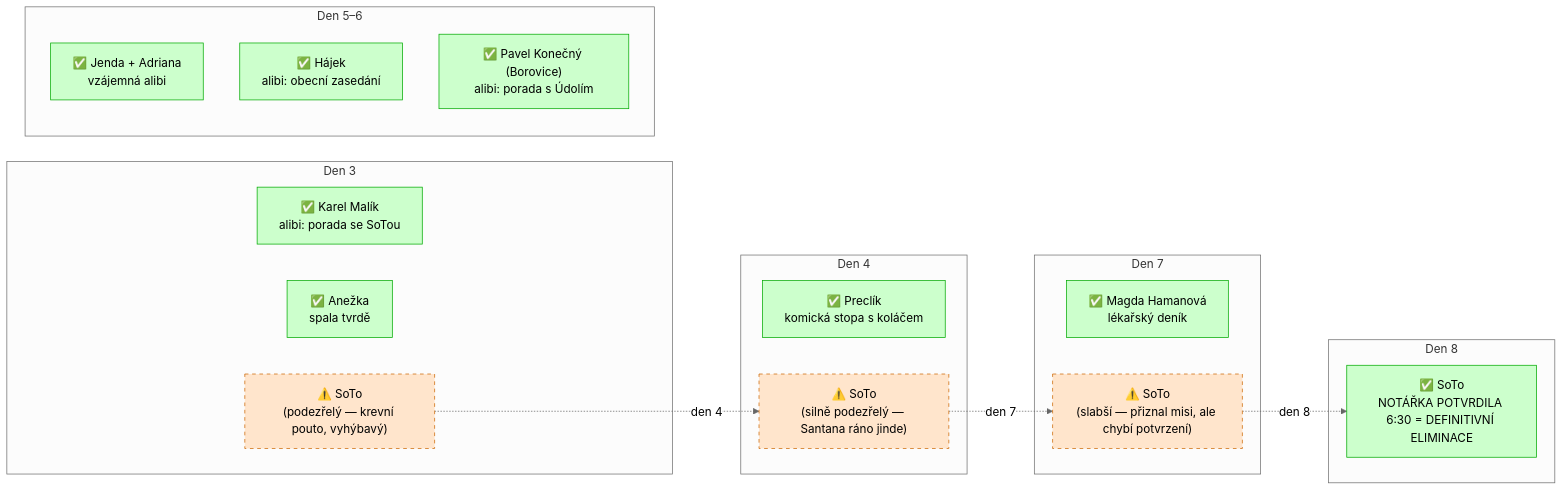
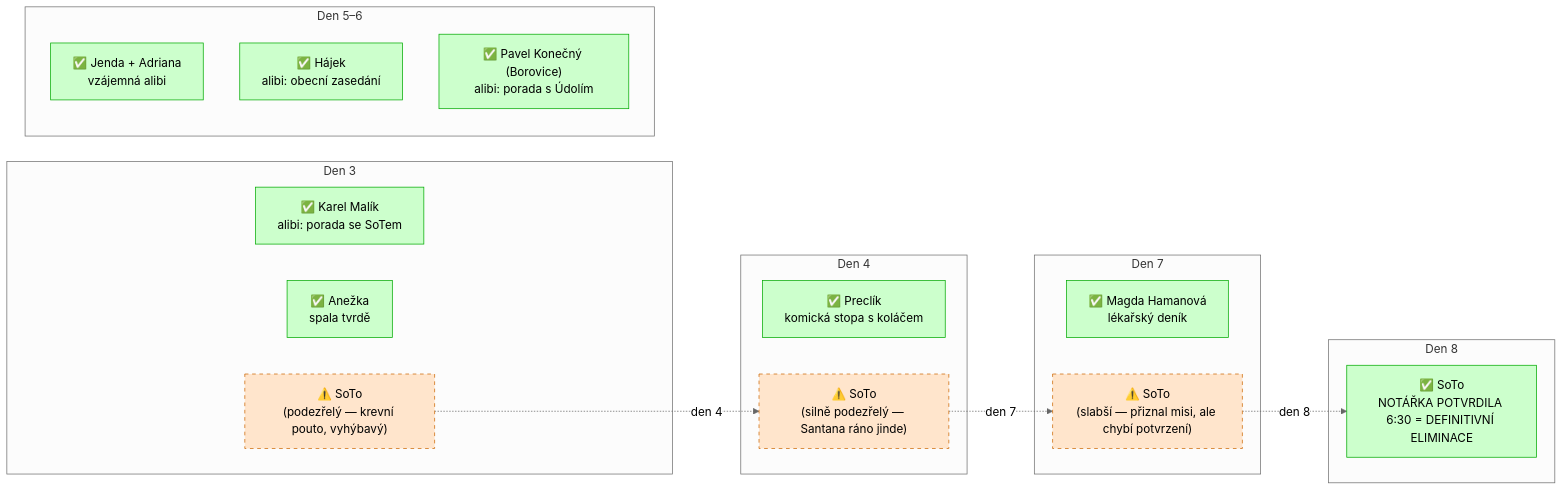
Before and after one commit to sotoniak/tabor_2026: the third of 4 diagrams in 16_STOPY_VIZUAL.md, drawn with Mermaid (neutral theme). The commit also changed other lines of this file and 13 other files, not shown here.

First line of the commit message:
Přejmenovat Tony → SoTo + skloňování SoTou → SoTem

````diff
--- a/16_STOPY_VIZUAL.md
+++ b/16_STOPY_VIZUAL.md
@@ -155,38 +155,38 @@
 ```mermaid
 flowchart LR
     subgraph DEN3["Den 3"]
-        E_KAREL["✅ Karel Malík<br/>alibi: porada se SoTou"]
+        E_KAREL["✅ Karel Malík<br/>alibi: porada se SoTem"]
         E_ANEZKA["✅ Anežka<br/>spala tvrdě"]
         E_SOTO_1["⚠️ SoTo<br/>(podezřelý — krevní pouto, vyhýbavý)"]
     end
 
     subgraph DEN4["Den 4"]
         E_PRECLIK["✅ Preclík<br/>komická stopa s koláčem"]
         E_SOTO_2["⚠️ SoTo<br/>(silně podezřelý — Santana ráno jinde)"]
     end
 
     subgraph DEN5_6["Den 5–6"]
         E_JENDA["✅ Jenda + Adriana<br/>vzájemná alibi"]
         E_HAJEK["✅ Hájek<br/>alibi: obecní zasedání"]
         E_KONECNY["✅ Pavel Konečný (Borovice)<br/>alibi: porada s Údolím"]
     end
 
     subgraph DEN7["Den 7"]
         E_MAGDA["✅ Magda Hamanová<br/>lékařský deník"]
         E_SOTO_3["⚠️ SoTo<br/>(slabší — přiznal misi, ale chybí potvrzení)"]
     end
 
     subgraph DEN8["Den 8"]
         E_SOTO_4["✅ SoTo<br/>NOTÁŘKA POTVRDILA 6:30 = DEFINITIVNÍ ELIMINACE"]
     end
 
     E_SOTO_1 -.den 4.-> E_SOTO_2
     E_SOTO_2 -.den 7.-> E_SOTO_3
     E_SOTO_3 -.den 8.-> E_SOTO_4
 
     classDef cleared fill:#ccffcc,stroke:#00aa00
     classDef pending fill:#ffe5cc,stroke:#cc6600,stroke-dasharray: 5 5
 
     class E_KAREL,E_ANEZKA,E_PRECLIK,E_JENDA,E_HAJEK,E_KONECNY,E_MAGDA,E_SOTO_4 cleared
     class E_SOTO_1,E_SOTO_2,E_SOTO_3 pending
 ```
````
